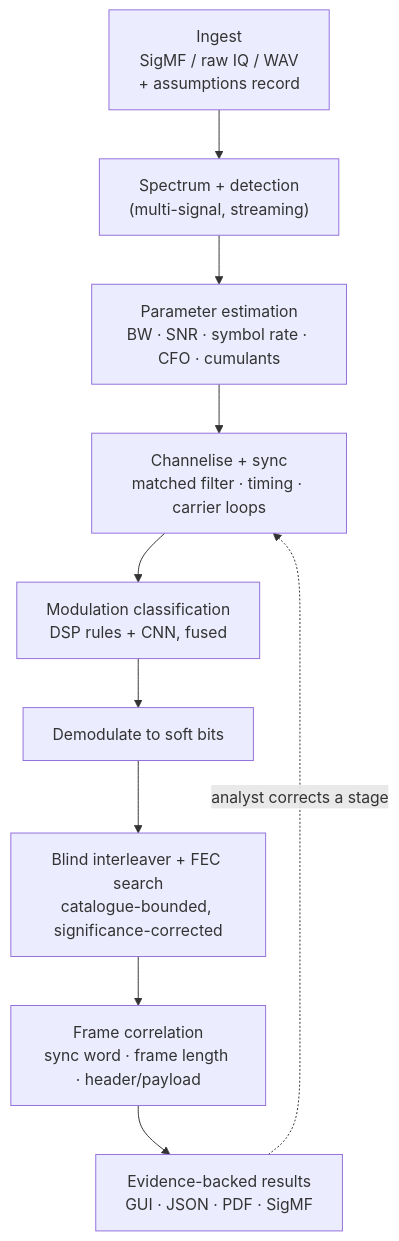
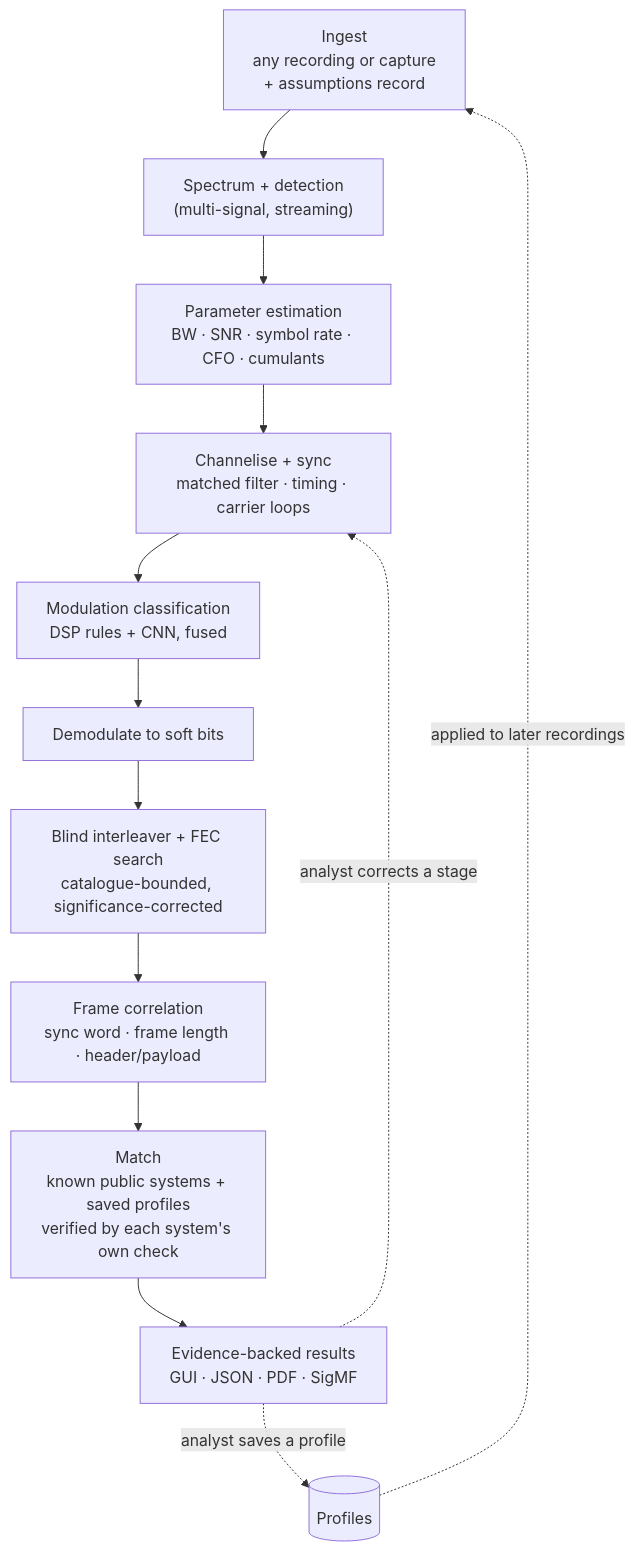
The diagram in README.md (ved-jadhav-10/iq-wav-analysis), drawn with Mermaid before and after one commit. The commit also changed other lines of this file and 6 other files, not shown here.

````diff
--- a/README.md
+++ b/README.md
@@ -31,12 +33,15 @@
 ```mermaid
 flowchart TD
-    A["Ingest<br/>SigMF / raw IQ / WAV<br/>+ assumptions record"] --> B["Spectrum + detection<br/>(multi-signal, streaming)"]
+    A["Ingest<br/>any recording or capture<br/>+ assumptions record"] --> B["Spectrum + detection<br/>(multi-signal, streaming)"]
     B --> C["Parameter estimation<br/>BW · SNR · symbol rate · CFO · cumulants"]
     C --> D["Channelise + sync<br/>matched filter · timing · carrier loops"]
     D --> E["Modulation classification<br/>DSP rules + CNN, fused"]
     E --> F["Demodulate to soft bits"]
     F --> G["Blind interleaver + FEC search<br/>catalogue-bounded, significance-corrected"]
     G --> H["Frame correlation<br/>sync word · frame length · header/payload"]
-    H --> I["Evidence-backed results<br/>GUI · JSON · PDF · SigMF"]
+    H --> M["Match<br/>known public systems + saved profiles<br/>verified by each system's own check"]
+    M --> I["Evidence-backed results<br/>GUI · JSON · PDF · SigMF"]
     I -. "analyst corrects a stage" .-> D
+    I -. "analyst saves a profile" .-> P[("Profiles")]
+    P -. "applied to later recordings" .-> A
 ```
````
